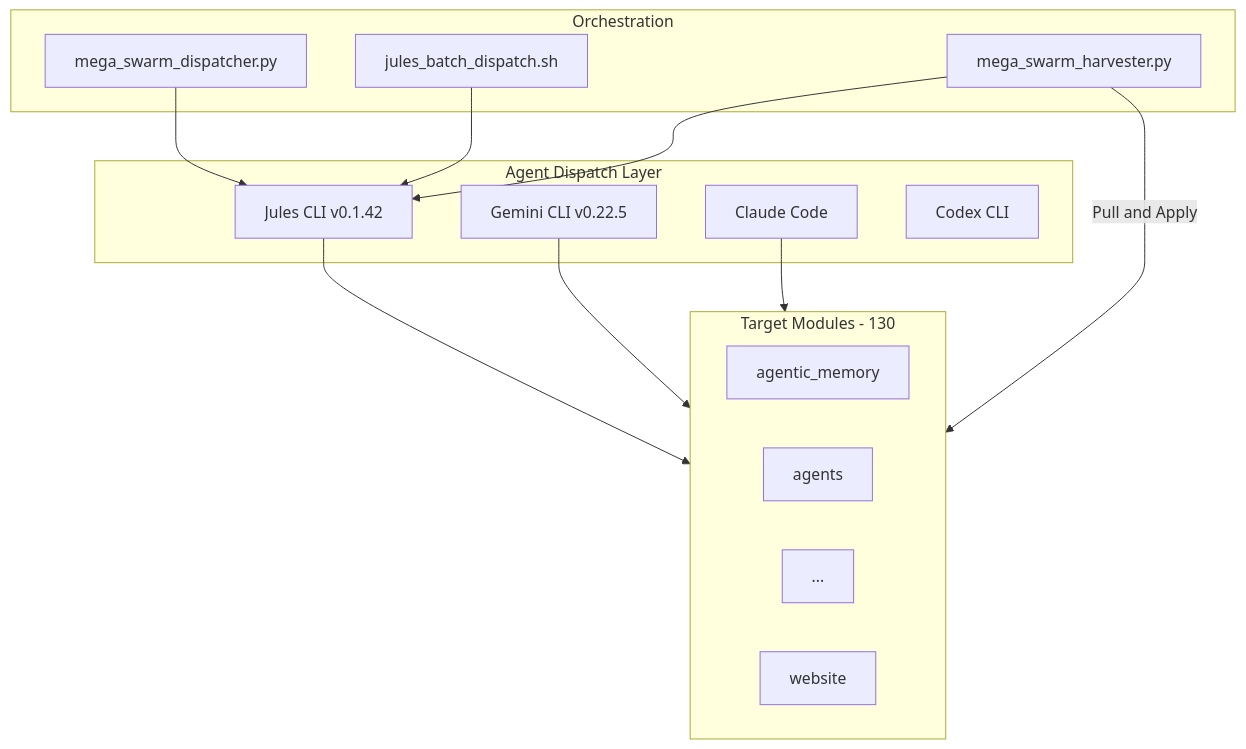
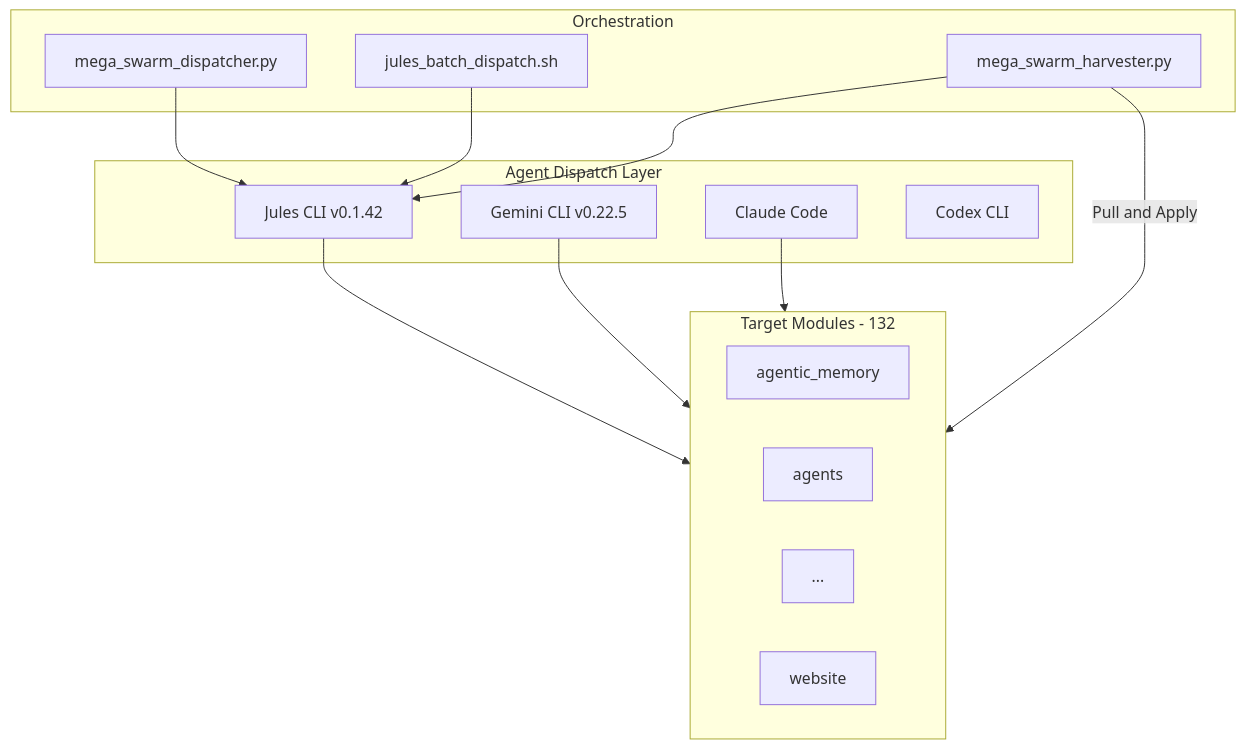
Before and after one commit to docxology/codomyrmex: the fourth of 7 diagrams in README.md, drawn with Mermaid. The commit also changed other lines of this file and 36 other files, not shown here.

````diff
--- a/README.md
+++ b/README.md
@@ -591,30 +591,30 @@
 ```mermaid
 graph TD
     subgraph Dispatch["Agent Dispatch Layer"]
         Jules["Jules CLI v0.1.42"]
         GeminiCLI["Gemini CLI v0.22.5"]
         Claude["Claude Code"]
         Codex["Codex CLI"]
     end
 
     subgraph Orchestration["Orchestration"]
         BatchDispatch["jules_batch_dispatch.sh"]
         MegaSwarm["mega_swarm_dispatcher.py"]
         Harvester["mega_swarm_harvester.py"]
     end
 
-    subgraph Targets["Target Modules - 130"]
+    subgraph Targets["Target Modules - 132"]
         M1["agentic_memory"]
         M2["agents"]
         Mdots["..."]
         M95["website"]
     end
 
     MegaSwarm --> Jules
     BatchDispatch --> Jules
     Jules --> Targets
     GeminiCLI --> Targets
     Claude --> Targets
     Harvester --> Jules
     Harvester -->|"Pull and Apply"| Targets
 ```
````
